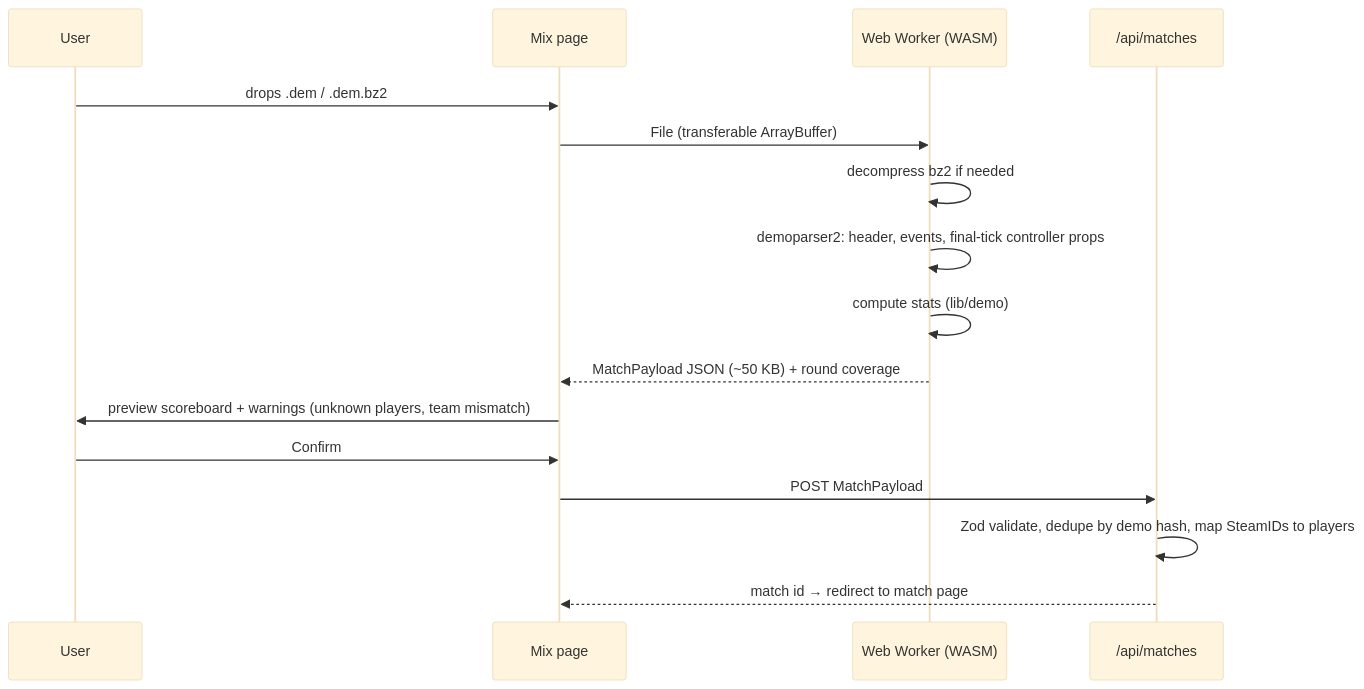
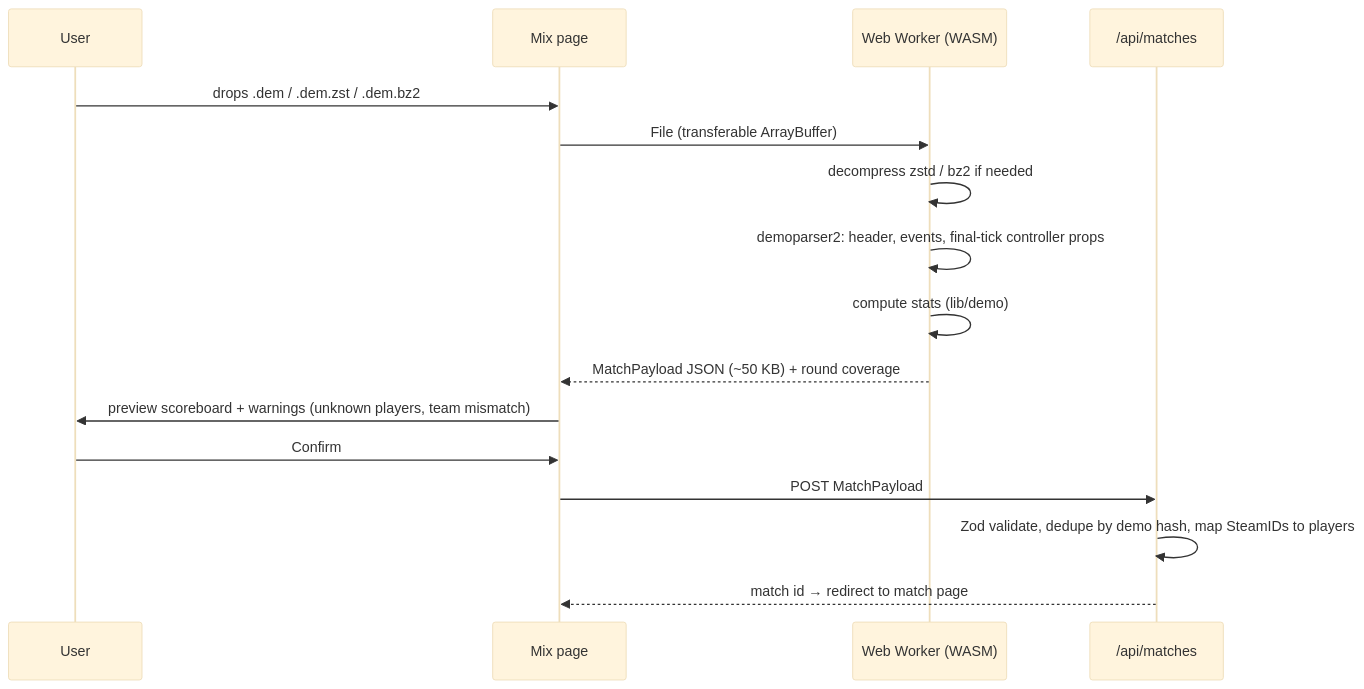
The diagram in docs/05-demo-pipeline.md (ArturCzopek/mixer), drawn with Mermaid (base theme) before and after one commit. The commit also changed other lines of this file and 6 other files, not shown here.

````diff
--- a/docs/05-demo-pipeline.md
+++ b/docs/05-demo-pipeline.md
@@ -86,18 +131,18 @@
 ```mermaid
 sequenceDiagram
   participant U as User
   participant P as Mix page
   participant W as Web Worker (WASM)
   participant API as /api/matches
-  U->>P: drops .dem / .dem.bz2
+  U->>P: drops .dem / .dem.zst / .dem.bz2
   P->>W: File (transferable ArrayBuffer)
-  W->>W: decompress bz2 if needed
+  W->>W: decompress zstd / bz2 if needed
   W->>W: demoparser2: header, events, final-tick controller props
   W->>W: compute stats (lib/demo)
   W-->>P: MatchPayload JSON (~50 KB) + round coverage
   P->>U: preview scoreboard + warnings (unknown players, team mismatch)
   U->>P: Confirm
   P->>API: POST MatchPayload
   API->>API: Zod validate, dedupe by demo hash, map SteamIDs to players
   API-->>P: match id → redirect to match page
 ```
````
